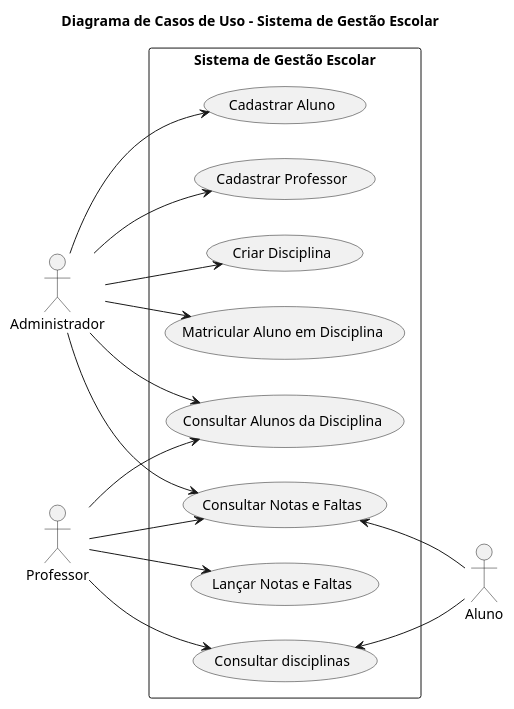
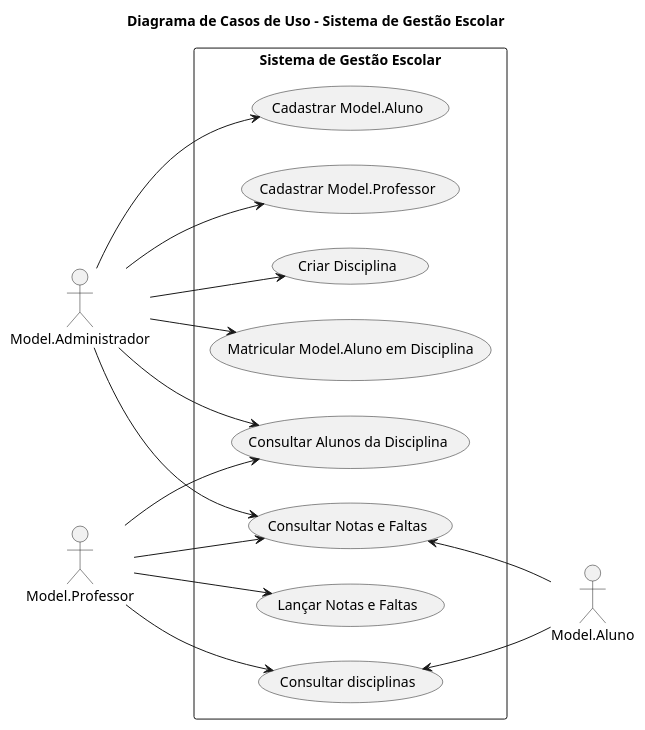
One commit to joaovitor-9/Sistema-de-Gestao-Escolar changed the diagram in diagrama-casos-de-uso.puml. Above: the diagram before and after it, drawn with PlantUML. The commit also changed 45 other files, not shown here.

```diff
--- a/diagrama-casos-de-uso.puml
+++ b/diagrama-casos-de-uso.puml
@@ -1,51 +1,51 @@
 @startuml
 ' Título do Diagrama
 title Diagrama de Casos de Uso - Sistema de Gestão Escolar
 
 ' Layout da esquerda para a direita
 left to right direction
 
 ' Definição dos Atores
-actor Administrador
-actor Professor
-actor Aluno
+actor Model.Administrador
+actor Model.Professor
+actor Model.Aluno
 
 ' Delimitação do Sistema com um retângulo
 rectangle "Sistema de Gestão Escolar" {
-  ' Casos de Uso do Administrador
-  (Cadastrar Aluno) as UC1
-  (Cadastrar Professor) as UC2
+  ' Casos de Uso do Model.Administrador
+  (Cadastrar Model.Aluno) as UC1
+  (Cadastrar Model.Professor) as UC2
   (Criar Disciplina) as UC3
-  (Matricular Aluno em Disciplina) as UC4
+  (Matricular Model.Aluno em Disciplina) as UC4
 
-  ' Caso de Uso do Professor
+  ' Caso de Uso do Model.Professor
   (Lançar Notas e Faltas) as UC5
 
   ' Caso de Uso Compartilhado
   (Consultar Alunos da Disciplina) as UC6
   (Consultar Notas e Faltas) as UC7
   (Consultar disciplinas) as UC8
 }
 
-' Relacionamentos do Administrador com os Casos de Uso
-Administrador --> UC1
-Administrador --> UC2
-Administrador --> UC3
-Administrador --> UC4
+' Relacionamentos do Model.Administrador com os Casos de Uso
+Model.Administrador --> UC1
+Model.Administrador --> UC2
+Model.Administrador --> UC3
+Model.Administrador --> UC4
 
-' Relacionamento do Professor com os Casos de Uso
-Professor --> UC5
+' Relacionamento do Model.Professor com os Casos de Uso
+Model.Professor --> UC5
 
 ' Ambos os atores podem realizar a consulta
-Administrador --> UC6
-Professor --> UC6
+Model.Administrador --> UC6
+Model.Professor --> UC6
 
 ' Todos os atores podem realizar a consulta
-Administrador --> UC7
-Professor --> UC7
-UC7 <-- Aluno
+Model.Administrador --> UC7
+Model.Professor --> UC7
+UC7 <-- Model.Aluno
 
 ' Ambos os atores podem realizar a consulta
-Professor --> UC8
-UC8 <-- Aluno
+Model.Professor --> UC8
+UC8 <-- Model.Aluno
 @enduml
```
